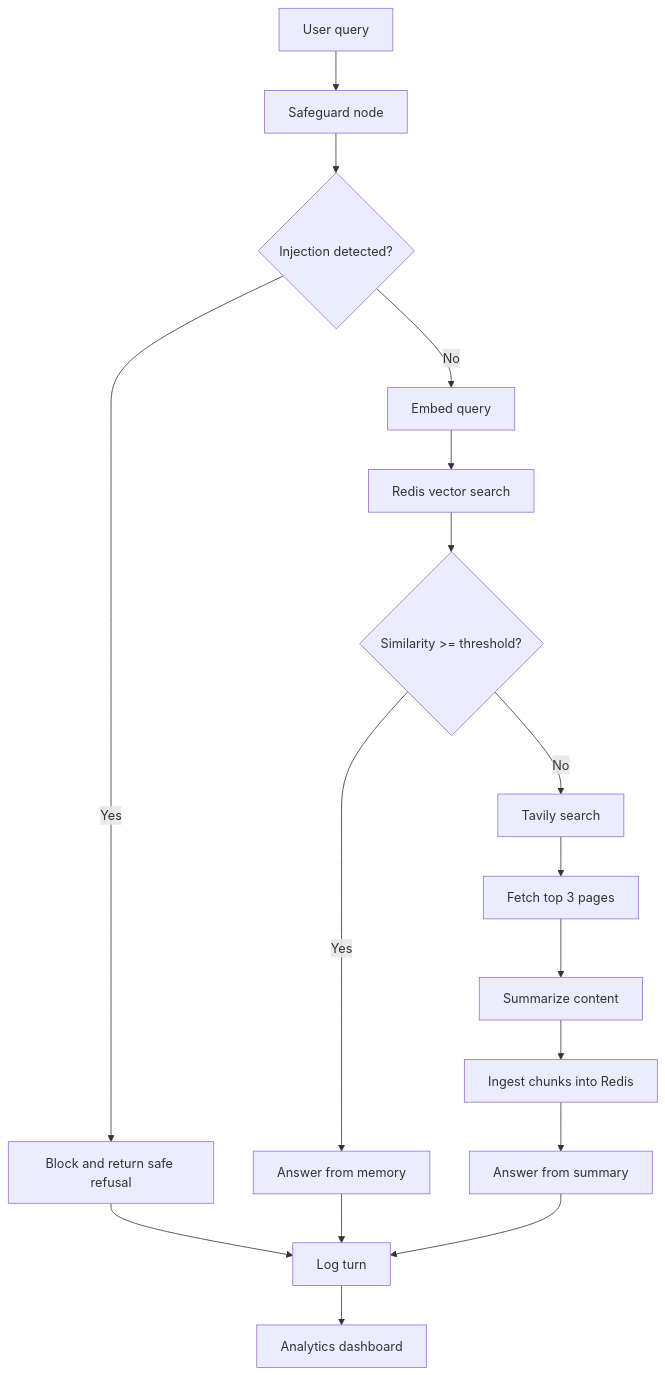
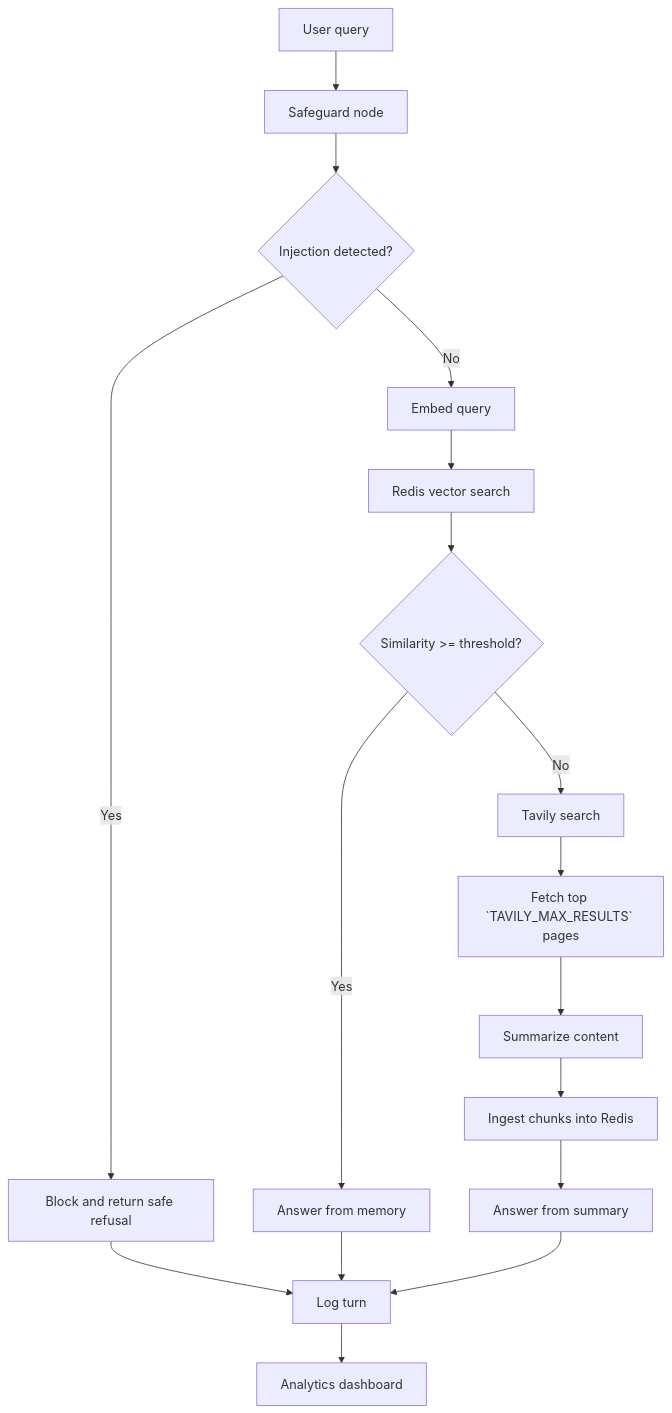
The diagram in README.md (kiril-vassilev/memory-first-agent), drawn with Mermaid before and after one commit. The commit also changed other lines of this file and 8 other files, not shown here.

````diff
--- a/README.md
+++ b/README.md
@@ -21,19 +21,19 @@
 ```mermaid
 flowchart TD
    Q[User query] --> G[Safeguard node]
    G --> B{Injection detected?}
    B -->|Yes| X[Block and return safe refusal]
    B -->|No| E[Embed query]
    E --> M[Redis vector search]
    M --> T{Similarity >= threshold?}
    T -->|Yes| H[Answer from memory]
    T -->|No| S[Tavily search]
-   S --> F[Fetch top 3 pages]
+   S --> F[Fetch top `TAVILY_MAX_RESULTS` pages]
    F --> Z[Summarize content]
    Z --> I[Ingest chunks into Redis]
    I --> A[Answer from summary]
    X --> L[Log turn]
    H --> L[Log turn]
    A --> L
    L --> D[Analytics dashboard]
 ```
````
